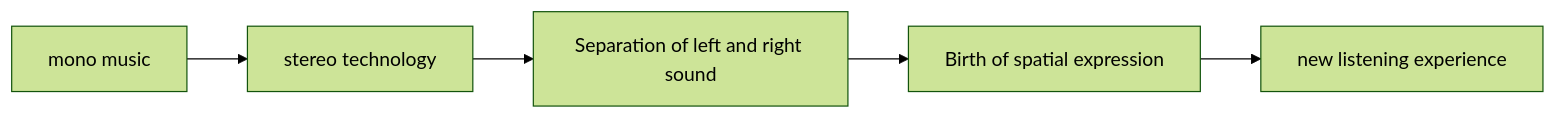
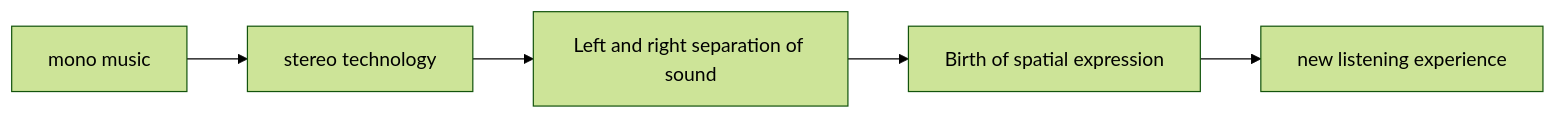
Before and after one commit to monumental-movement/monumental-movement.github.io: the first of 6 diagrams in en/_posts/2026-03-21-column-esquivel.md, drawn with Mermaid (forest theme). The commit also changed 419 other files, not shown here.

```diff
--- a/en/_posts/2026-03-21-column-esquivel.md
+++ b/en/_posts/2026-03-21-column-esquivel.md
@@ -76,7 +76,7 @@
 <div class="mermaid">
 graph LR
 A[mono music] --> B[stereo technology]
-B --> C[Separation of left and right sound]
+B --> C[Left and right separation of sound]
 C --> D[Birth of spatial expression]
 D --> E[new listening experience]
 </div>
```
